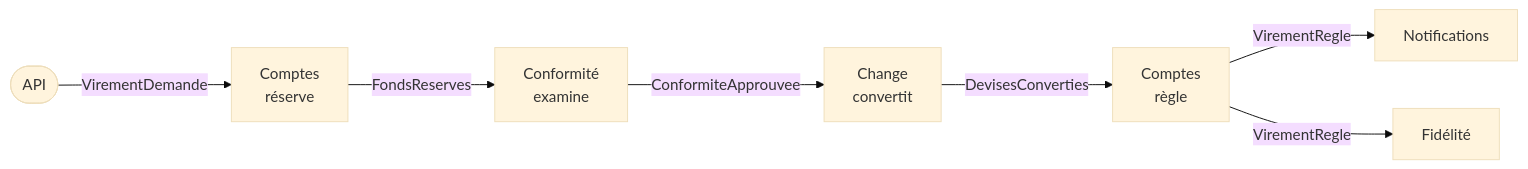
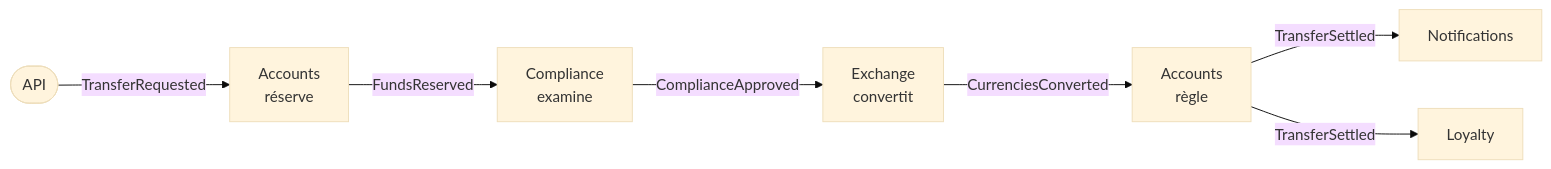
One commit to drangoht/ArchitecturesDemo changed the diagram in Docs/21-choregraphie.md. Above: the diagram before and after it, drawn with Mermaid (base theme). The commit also changed other lines of this file and 70 other files, not shown here.

Commit message:
Docs FR : identifiants, liens, diagrammes et sorties alignés sur le code anglais

````diff
--- a/Docs/21-choregraphie.md
+++ b/Docs/21-choregraphie.md
@@ -18,9 +18,9 @@
 ```mermaid
 flowchart LR
-    API(["API"]) -->|"VirementDemande"| CO["Comptes<br/>réserve"]
-    CO -->|"FondsReserves"| CF["Conformité<br/>examine"]
-    CF -->|"ConformiteApprouvee"| CH["Change<br/>convertit"]
-    CH -->|"DevisesConverties"| CO2["Comptes<br/>règle"]
-    CO2 -->|"VirementRegle"| NO["Notifications"]
-    CO2 -->|"VirementRegle"| FI["Fidélité"]
+    API(["API"]) -->|"TransferRequested"| CO["Accounts<br/>réserve"]
+    CO -->|"FundsReserved"| CF["Compliance<br/>examine"]
+    CF -->|"ComplianceApproved"| CH["Exchange<br/>convertit"]
+    CH -->|"CurrenciesConverted"| CO2["Accounts<br/>règle"]
+    CO2 -->|"TransferSettled"| NO["Notifications"]
+    CO2 -->|"TransferSettled"| FI["Loyalty"]
 ```
````
